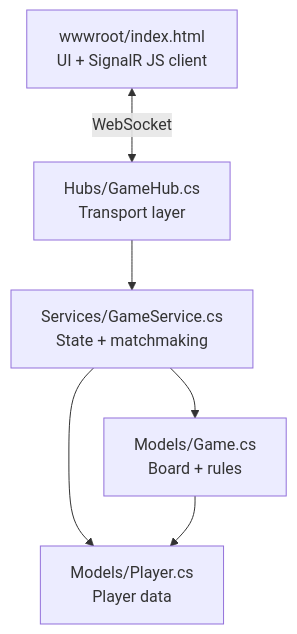
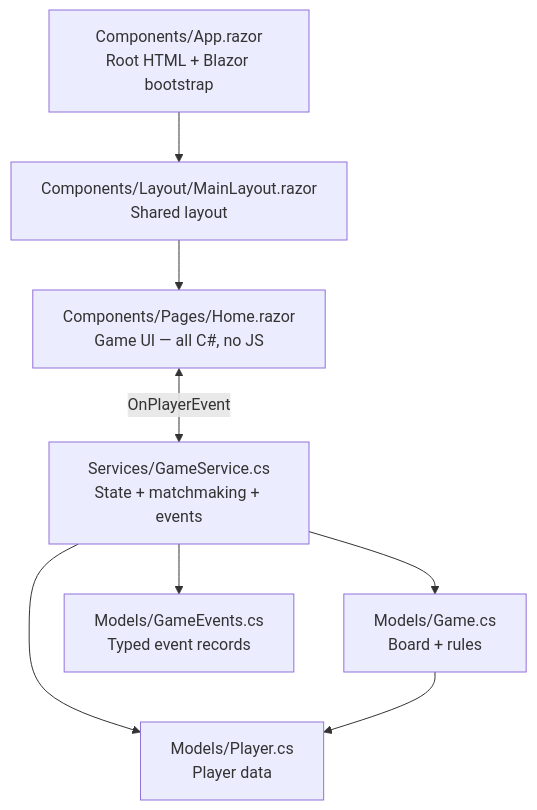
One commit to dmitriylogunov/dotnet-ttt changed the third of 3 diagrams in architecture.md. Above: the diagram before and after it, drawn with Mermaid. The commit also changed other lines of this file and 12 other files, not shown here.

Commit message:
Refactor plain html page and SignalR hub into a Blazor Server

````diff
--- a/architecture.md
+++ b/architecture.md
@@ -180,14 +204,18 @@
 ```mermaid
 graph TD
-    CLIENT[wwwroot/index.html<br/>UI + SignalR JS client]
-    HUB[Hubs/GameHub.cs<br/>Transport layer]
-    SVC[Services/GameService.cs<br/>State + matchmaking]
+    APP[Components/App.razor<br/>Root HTML + Blazor bootstrap]
+    LAYOUT[Components/Layout/MainLayout.razor<br/>Shared layout]
+    PAGE[Components/Pages/Home.razor<br/>Game UI — all C#, no JS]
+    SVC[Services/GameService.cs<br/>State + matchmaking + events]
     GAME[Models/Game.cs<br/>Board + rules]
     PLAYER[Models/Player.cs<br/>Player data]
+    EVENTS[Models/GameEvents.cs<br/>Typed event records]
 
-    CLIENT <-->|WebSocket| HUB
-    HUB --> SVC
+    APP --> LAYOUT
+    LAYOUT --> PAGE
+    PAGE <-->|OnPlayerEvent| SVC
     SVC --> GAME
     SVC --> PLAYER
+    SVC --> EVENTS
     GAME --> PLAYER
 ```
````
